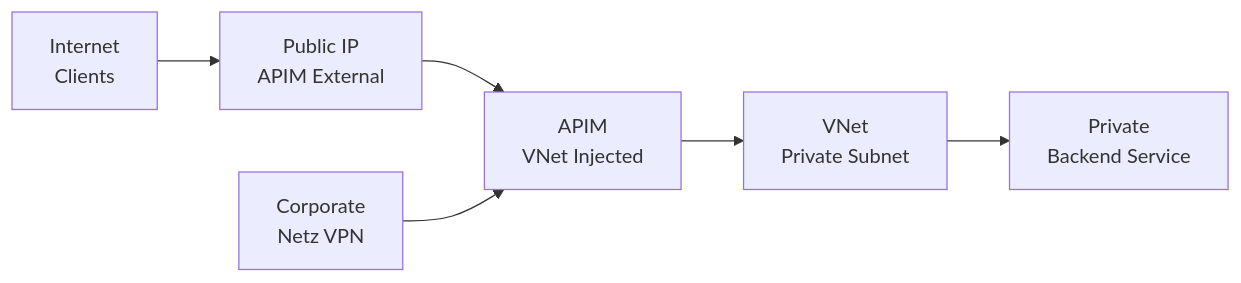
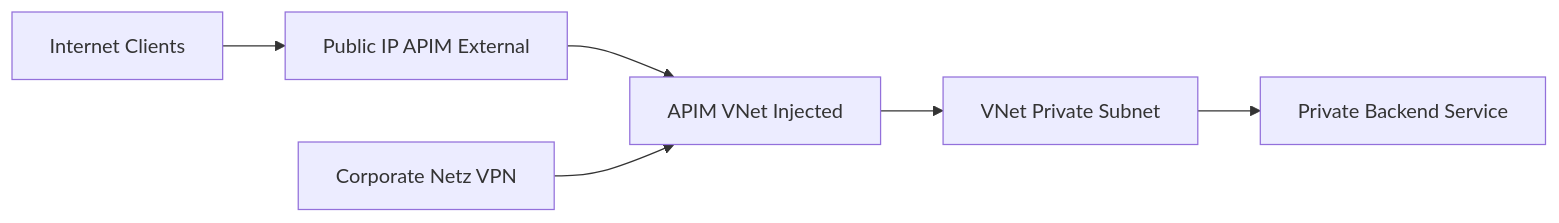
One commit to SoniiiT/notes-n-docs changed the fifth of 5 diagrams in Microsoft 365/Azure/Integration und Messaging/Azure API Management.md. Above: the diagram before and after it, drawn with Mermaid. The commit also changed other lines of this file and 124 other files, not shown here.

First line of the commit message:
fix: Entferne \n aus allen Mermaid-Diagrammen (125 Dateien)

````diff
--- a/Microsoft 365/Azure/Integration und Messaging/Azure API Management.md
+++ b/Microsoft 365/Azure/Integration und Messaging/Azure API Management.md
@@ -304,8 +304,8 @@
 ```mermaid
 flowchart LR
-    Internet[Internet\nClients] --> PIP[Public IP\nAPIM External]
-    PIP --> APIM[APIM\nVNet Injected]
-    APIM --> VNet[VNet\nPrivate Subnet]
-    VNet --> Backend[Private\nBackend Service]
-    Corp[Corporate\nNetz VPN] --> APIM
+    Internet[Internet Clients] --> PIP[Public IP APIM External]
+    PIP --> APIM[APIM VNet Injected]
+    APIM --> VNet[VNet Private Subnet]
+    VNet --> Backend[Private Backend Service]
+    Corp[Corporate Netz VPN] --> APIM
 ```
````
